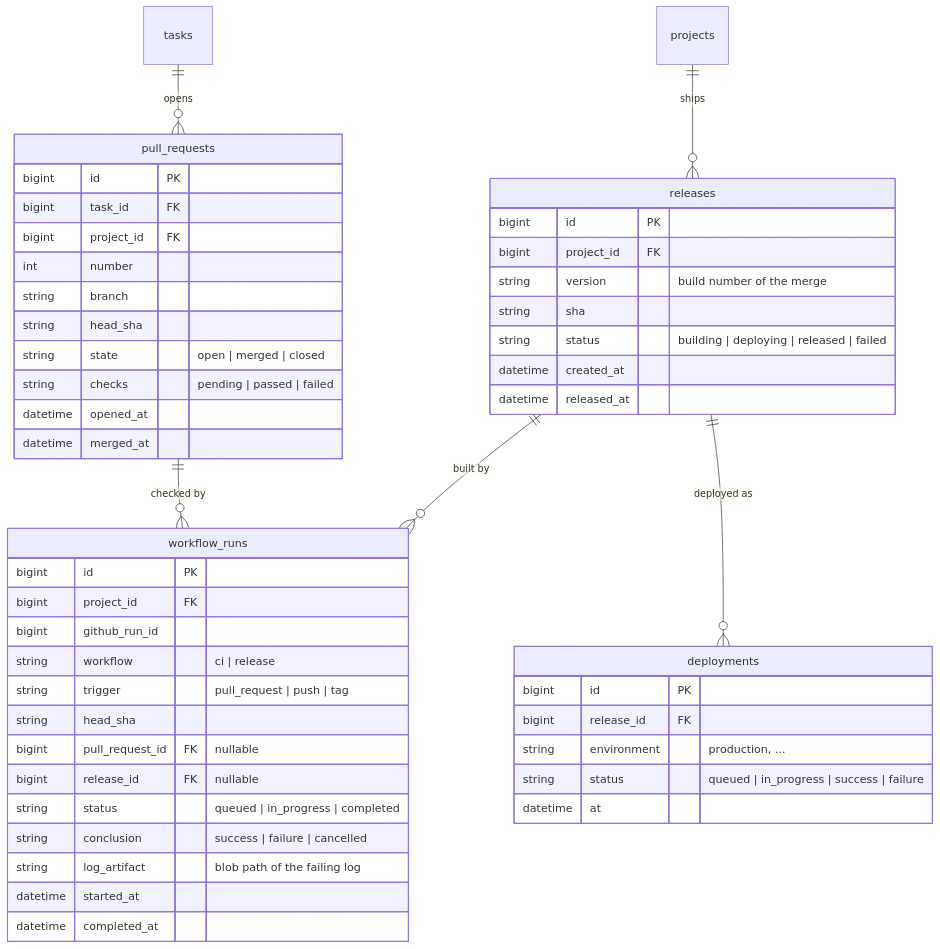
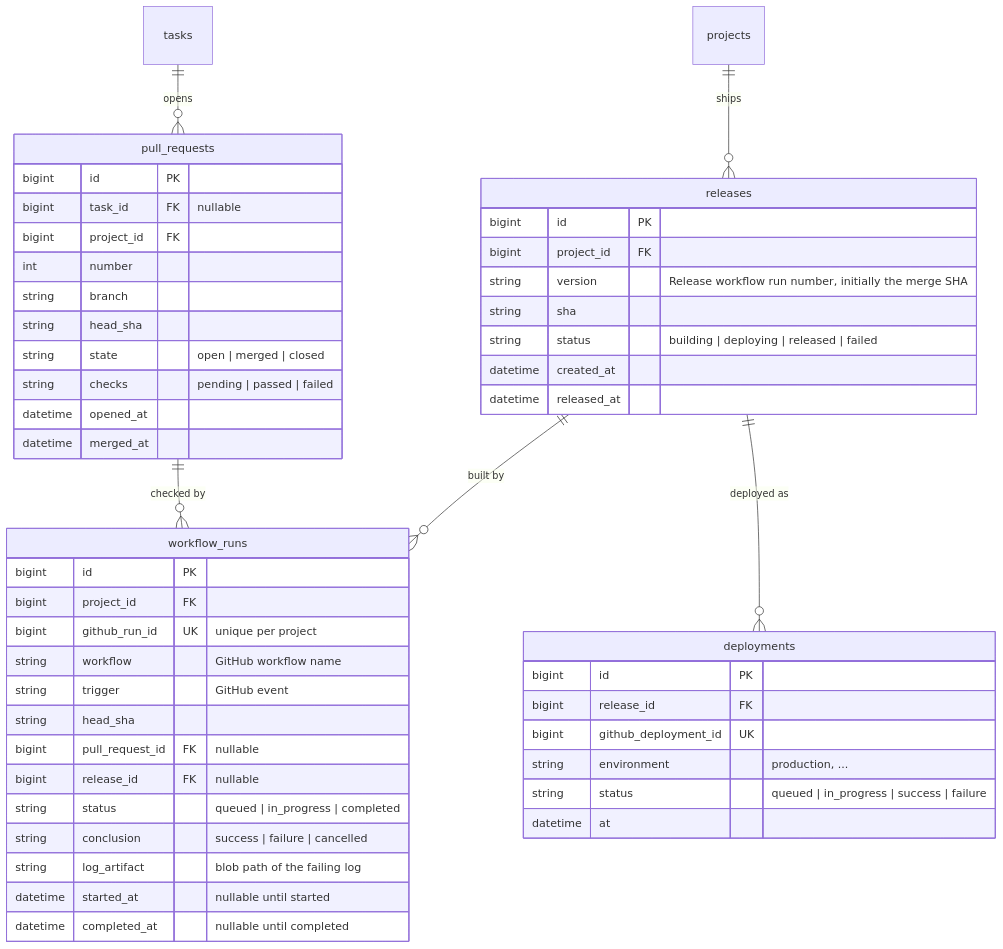
Before and after one commit to DanAakesen/jarvis: the sixth of 8 diagrams in docs/data-model.md, drawn with Mermaid. The commit also changed other lines of this file and 17 other files, not shown here.

First line of the commit message:
P3-04: Persist group 5 GitHub events (#218)

````diff
--- a/docs/data-model.md
+++ b/docs/data-model.md
@@ -322,52 +322,53 @@
 ```mermaid
 erDiagram
     tasks ||--o{ pull_requests : opens
     pull_requests ||--o{ workflow_runs : "checked by"
     projects ||--o{ releases : ships
     releases ||--o{ workflow_runs : "built by"
     releases ||--o{ deployments : "deployed as"
     pull_requests {
         bigint id PK
-        bigint task_id FK
+        bigint task_id FK "nullable"
         bigint project_id FK
         int number
         string branch
         string head_sha
         string state "open | merged | closed"
         string checks "pending | passed | failed"
         datetime opened_at
         datetime merged_at
     }
     workflow_runs {
         bigint id PK
         bigint project_id FK
-        bigint github_run_id
-        string workflow "ci | release"
-        string trigger "pull_request | push | tag"
+        bigint github_run_id UK "unique per project"
+        string workflow "GitHub workflow name"
+        string trigger "GitHub event"
         string head_sha
         bigint pull_request_id FK "nullable"
         bigint release_id FK "nullable"
         string status "queued | in_progress | completed"
         string conclusion "success | failure | cancelled"
         string log_artifact "blob path of the failing log"
-        datetime started_at
-        datetime completed_at
+        datetime started_at "nullable until started"
+        datetime completed_at "nullable until completed"
     }
     releases {
         bigint id PK
         bigint project_id FK
-        string version "build number of the merge"
+        string version "Release workflow run number, initially the merge SHA"
         string sha
         string status "building | deploying | released | failed"
         datetime created_at
         datetime released_at
     }
     deployments {
         bigint id PK
         bigint release_id FK
+        bigint github_deployment_id UK
         string environment "production, ..."
         string status "queued | in_progress | success | failure"
         datetime at
     }
 
 ```
````
